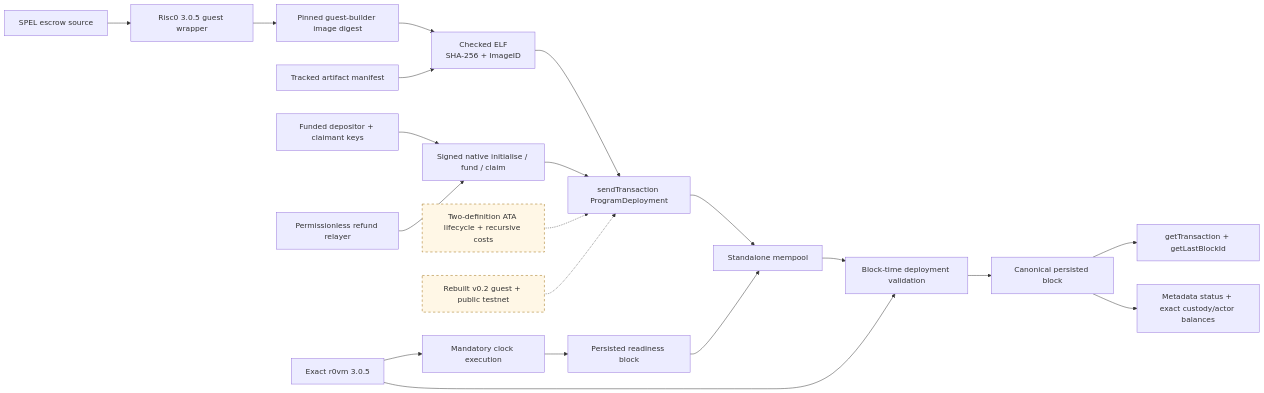
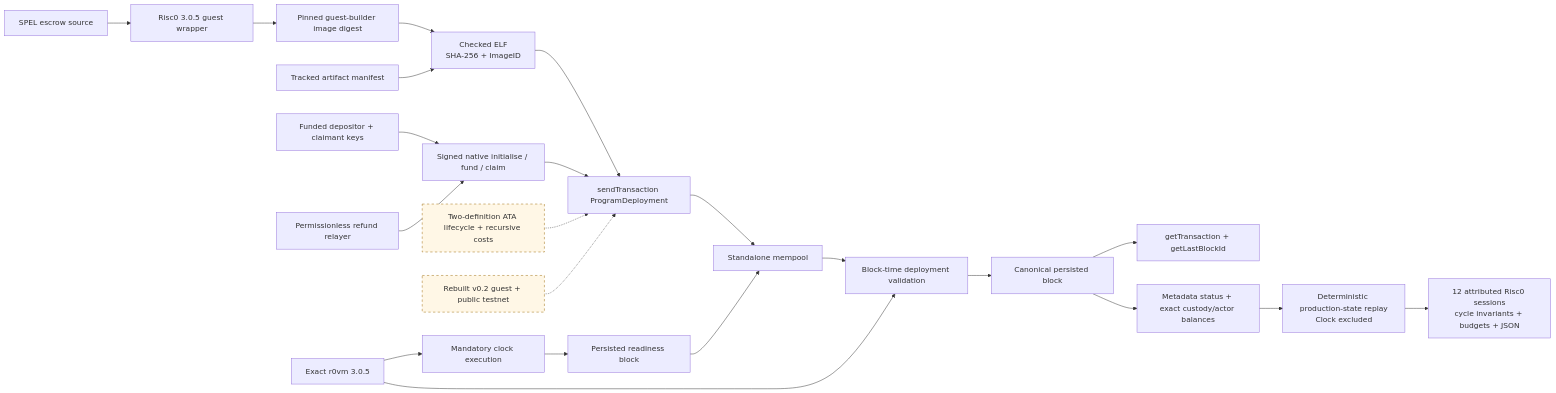
One commit to gateway-fm/lez-atomic-swaps changed the fourth of 7 diagrams in docs/architecture/system-architecture.md. Above: the diagram before and after it, drawn with Mermaid. The commit also changed other lines of this file and 8 other files, not shown here.

````diff
--- a/docs/architecture/system-architecture.md
+++ b/docs/architecture/system-architecture.md
@@ -188,25 +189,27 @@
 ```mermaid
 flowchart LR
     Source["SPEL escrow source"] --> Guest["Risc0 3.0.5 guest wrapper"]
     Builder["Pinned guest-builder image digest"] --> ELF["Checked ELF<br/>SHA-256 + ImageID"]
     Guest --> Builder
     Manifest["Tracked artifact manifest"] --> ELF
     R0VM["Exact r0vm 3.0.5"] --> Clock["Mandatory clock execution"]
     Clock --> Ready["Persisted readiness block"]
     ELF --> RPC["sendTransaction ProgramDeployment"]
     RPC --> Mempool["Standalone mempool"]
     Ready --> Mempool
     Mempool --> Validate["Block-time deployment validation"]
     R0VM --> Validate
     Validate --> Block["Canonical persisted block"]
     Block --> Query["getTransaction + getLastBlockId"]
     Actors["Funded depositor + claimant keys"] --> NativeLifecycle["Signed native initialise / fund / claim"]
     Relayer["Permissionless refund relayer"] --> NativeLifecycle
     NativeLifecycle --> RPC
     Block --> NativeState["Metadata status + exact custody/actor balances"]
+    NativeState --> CostReplay["Deterministic production-state replay<br/>Clock excluded"]
+    CostReplay --> CostEvidence["12 attributed Risc0 sessions<br/>cycle invariants + budgets + JSON"]
     TokenCosts["Two-definition ATA lifecycle + recursive costs"] -.-> RPC
     Testnet["Rebuilt v0.2 guest + public testnet"] -.-> RPC
 
     classDef planned stroke-dasharray: 5 5,fill:#fff7e6,stroke:#9a6700;
     class TokenCosts,Testnet planned;
 ```
````
